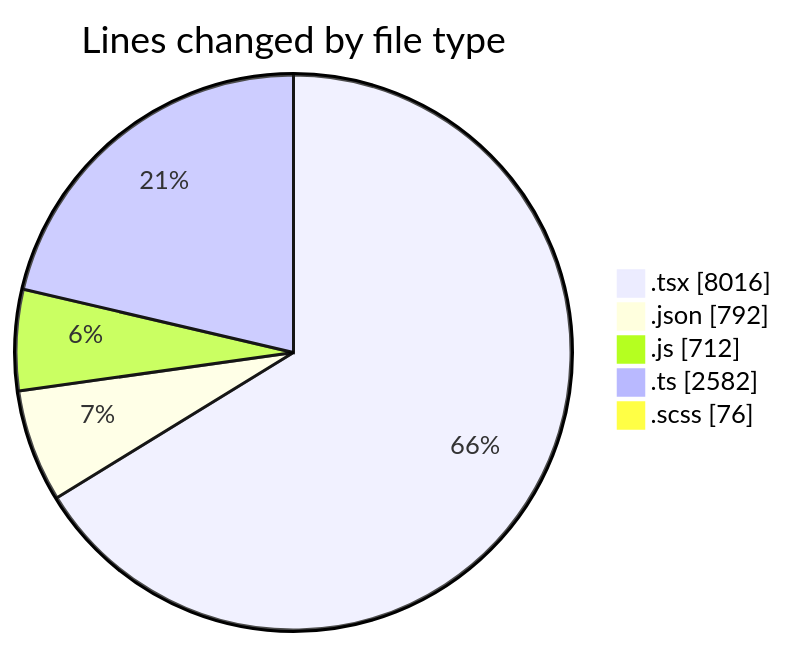
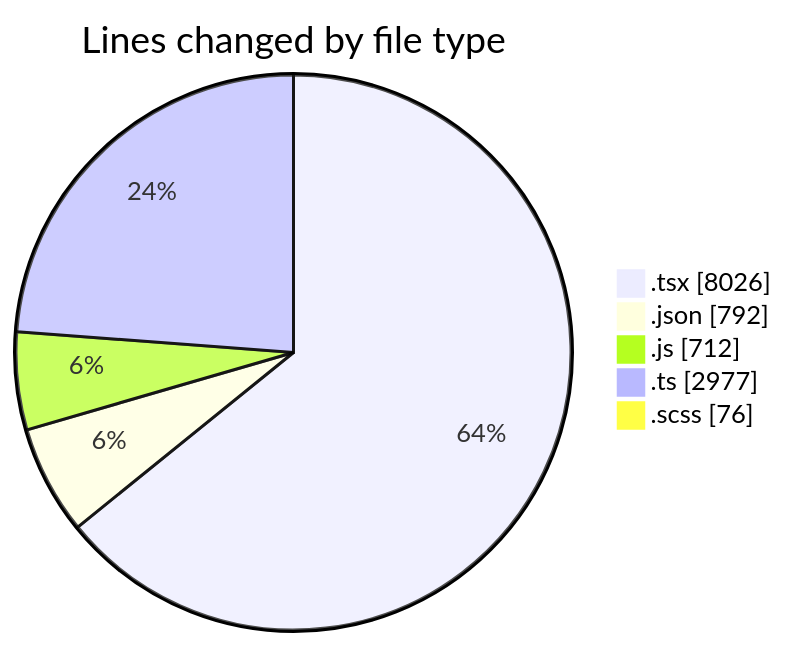
One commit to momahboobian/code-tracking changed the first of 2 diagrams in 2026-08-07/cda/README.md. Above: the diagram before and after it, drawn with Mermaid. The commit also changed other lines of this file and 1 other file, not shown here.

````diff
--- a/2026-08-07/cda/README.md
+++ b/2026-08-07/cda/README.md
@@ -35,9 +35,9 @@
 ```mermaid
 pie showData
 title Lines changed by file type
-".tsx" : 8016
+".tsx" : 8026
 ".json" : 792
 ".js" : 712
-".ts" : 2582
+".ts" : 2977
 ".scss" : 76
 ```
````
